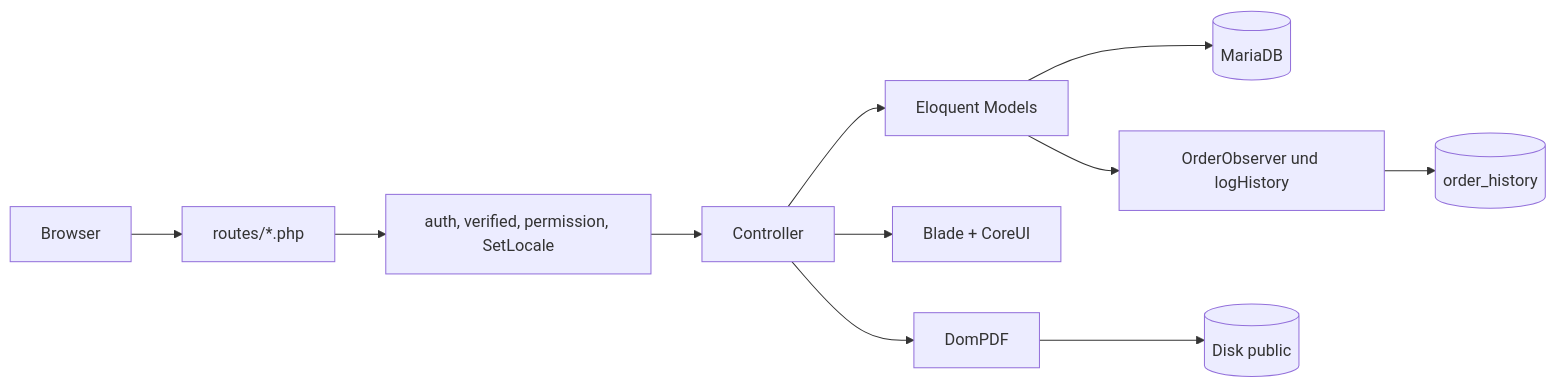
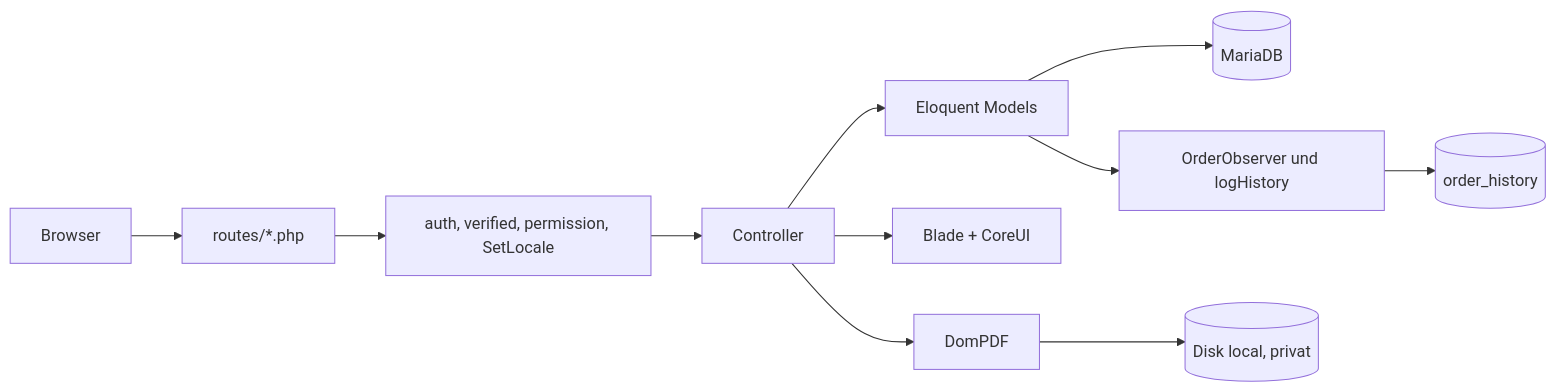
One commit to DodoMoep/RMS changed the diagram in docs/01-architektur.md. Above: the diagram before and after it, drawn with Mermaid. The commit also changed other lines of this file and 13 other files, not shown here.

````diff
--- a/docs/01-architektur.md
+++ b/docs/01-architektur.md
@@ -69,13 +70,13 @@
 ```mermaid
 flowchart LR
     Browser --> Routes[routes/*.php]
     Routes --> MW[auth, verified, permission, SetLocale]
     MW --> Ctrl[Controller]
     Ctrl --> Model[Eloquent Models]
     Model --> DB[(MariaDB)]
     Ctrl --> View[Blade + CoreUI]
     Ctrl --> PDF[DomPDF]
-    PDF --> Disk[(Disk public)]
+    PDF --> Disk[(Disk local, privat)]
     Model --> Obs[OrderObserver und logHistory]
     Obs --> Hist[(order_history)]
 ```
````
